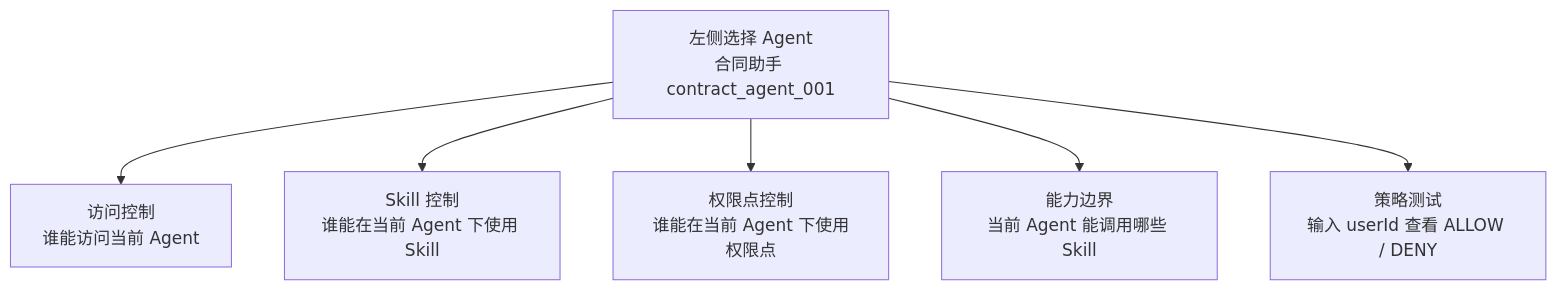
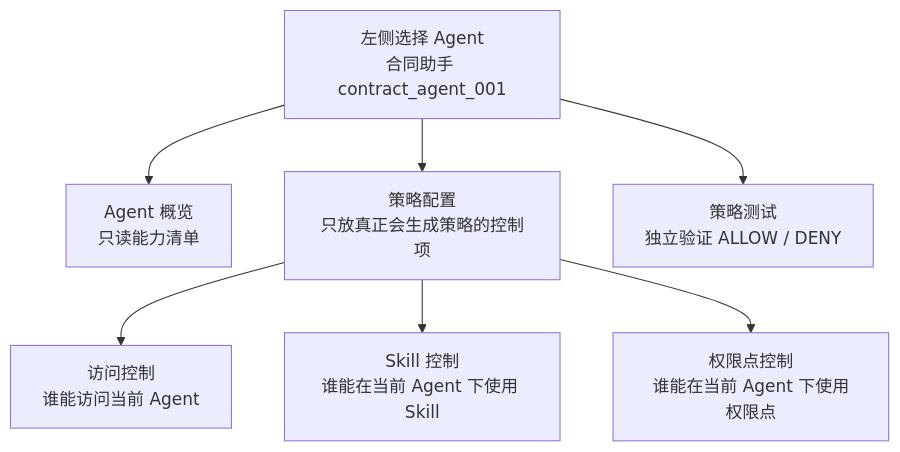
The third of 6 diagrams in docs/final_design/07_通用权限模型与管理员旅程.md (xuning117634-ux/auth-design-spec), drawn with Mermaid before and after one commit. The commit also changed other lines of this file and 1 other file, not shown here.

Commit message:
bug fix : IAM 里“业务 Agent AI 账号名”的拼接口径收口成 Agent_ + agentId

````diff
--- a/docs/final_design/07_通用权限模型与管理员旅程.md
+++ b/docs/final_design/07_通用权限模型与管理员旅程.md
@@ -280,8 +292,9 @@
 ```mermaid
 flowchart TD
-    A["左侧选择 Agent<br/>合同助手 contract_agent_001"] --> B["访问控制<br/>谁能访问当前 Agent"]
-    A --> C["Skill 控制<br/>谁能在当前 Agent 下使用 Skill"]
-    A --> D["权限点控制<br/>谁能在当前 Agent 下使用权限点"]
-    A --> E["能力边界<br/>当前 Agent 能调用哪些 Skill"]
-    A --> F["策略测试<br/>输入 userId 查看 ALLOW / DENY"]
+    A["左侧选择 Agent<br/>合同助手 contract_agent_001"] --> B["Agent 概览<br/>只读能力清单"]
+    A --> C["策略配置<br/>只放真正会生成策略的控制项"]
+    C --> D["访问控制<br/>谁能访问当前 Agent"]
+    C --> E["Skill 控制<br/>谁能在当前 Agent 下使用 Skill"]
+    C --> F["权限点控制<br/>谁能在当前 Agent 下使用权限点"]
+    A --> G["策略测试<br/>独立验证 ALLOW / DENY"]
 ```
````
